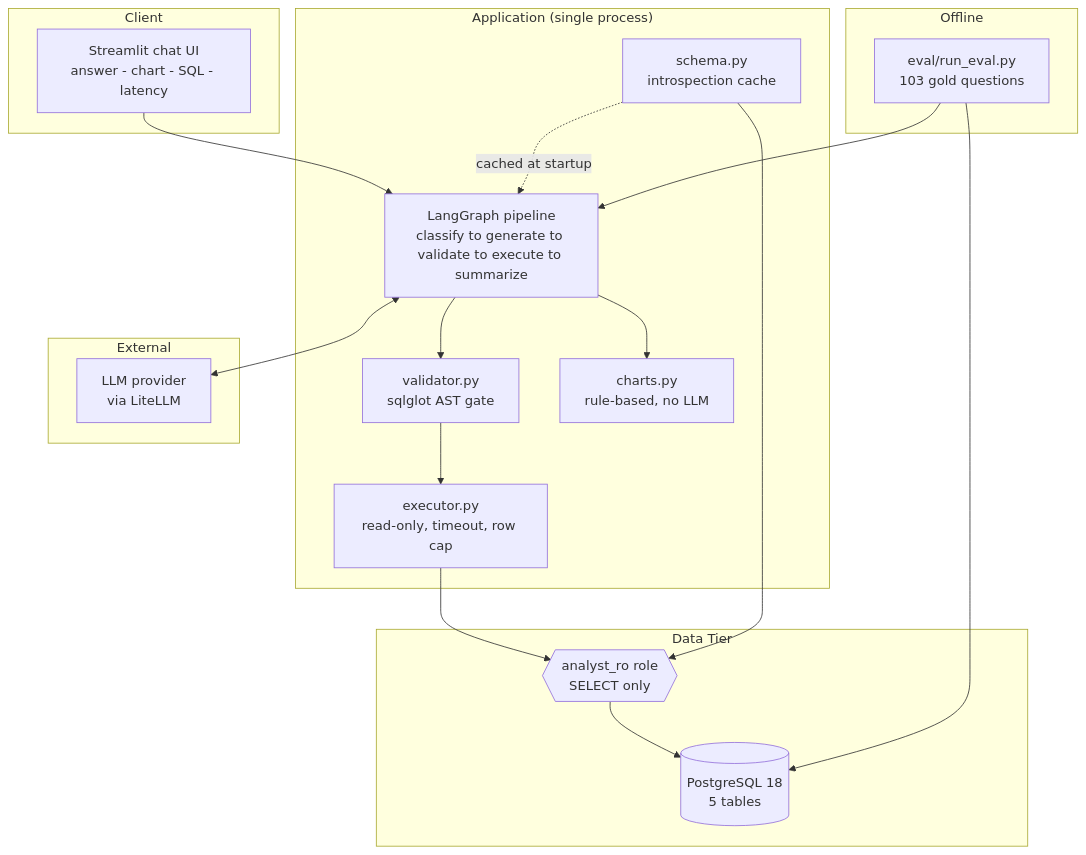
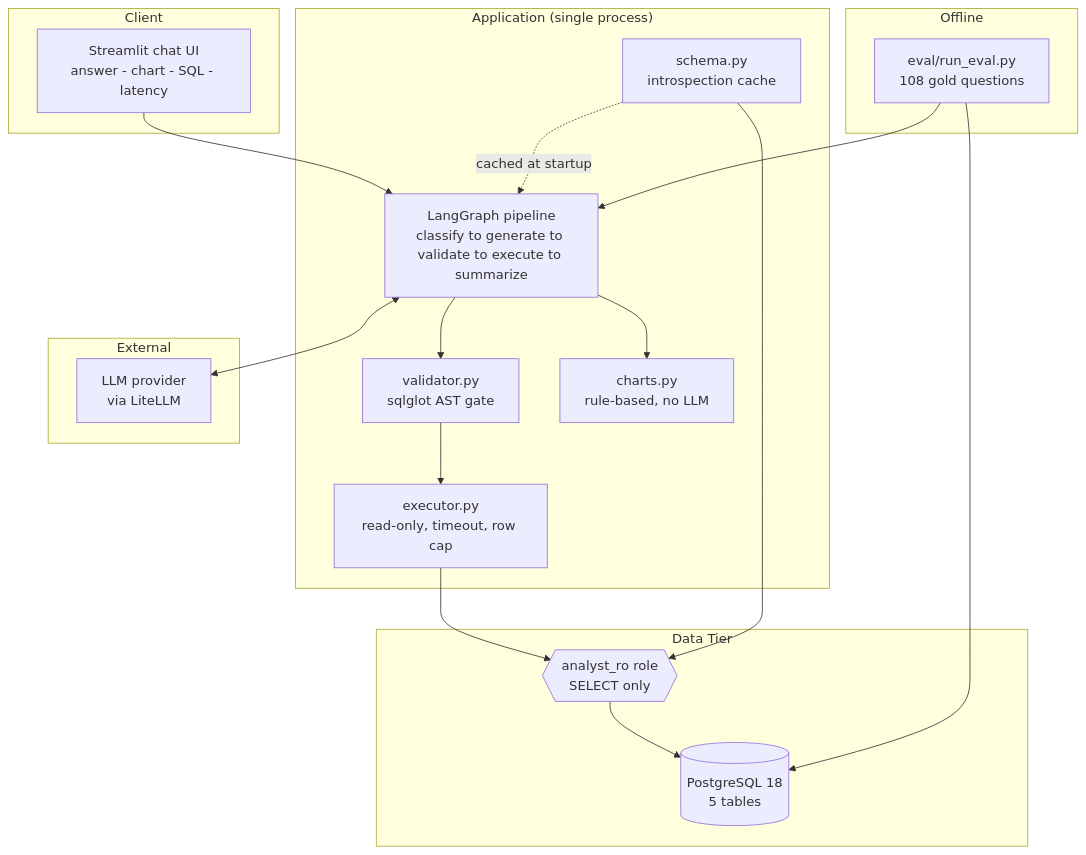
Before and after one commit to insafim/conversational-data-analyst: the first of 4 diagrams in docs/ARCHITECTURE.md, drawn with Mermaid. The commit also changed other lines of this file and 3 other files, not shown here.

````diff
--- a/docs/ARCHITECTURE.md
+++ b/docs/ARCHITECTURE.md
@@ -131,39 +131,39 @@
 ```mermaid
 flowchart TB
     subgraph Client["Client"]
         UI["Streamlit chat UI<br/>answer - chart - SQL - latency"]
     end
 
     subgraph App["Application (single process)"]
         GRAPH["LangGraph pipeline<br/>classify to generate to validate to execute to summarize"]
         VAL["validator.py<br/>sqlglot AST gate"]
         EXEC["executor.py<br/>read-only, timeout, row cap"]
         CHART["charts.py<br/>rule-based, no LLM"]
         SCHEMA["schema.py<br/>introspection cache"]
     end
 
     subgraph Data["Data Tier"]
         RO{{"analyst_ro role<br/>SELECT only"}}
         PG[("PostgreSQL 18<br/>5 tables")]
     end
 
     subgraph External["External"]
         LLM["LLM provider<br/>via LiteLLM"]
     end
 
     subgraph Offline["Offline"]
-        EVAL["eval/run_eval.py<br/>103 gold questions"]
+        EVAL["eval/run_eval.py<br/>108 gold questions"]
     end
 
     UI --> GRAPH
     GRAPH --> VAL
     VAL --> EXEC
     EXEC --> RO
     RO --> PG
     GRAPH --> CHART
     SCHEMA -. cached at startup .-> GRAPH
     SCHEMA --> RO
     GRAPH <--> LLM
     EVAL --> GRAPH
     EVAL --> PG
 ```
````
